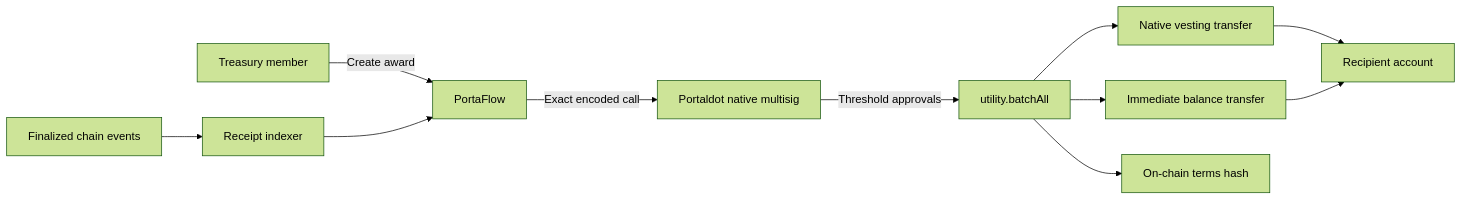
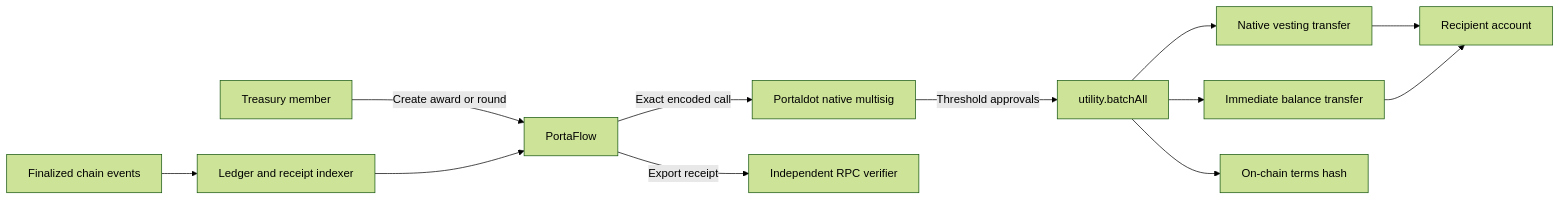
One commit to sneaxhuh/portaflow changed the diagram in README.md. Above: the diagram before and after it, drawn with Mermaid (forest theme). The commit also changed other lines of this file, not shown here.

Commit message:
docs: update README for payout rounds and treasury operations

````diff
--- a/README.md
+++ b/README.md
@@ -43,13 +45,14 @@
 ```mermaid
 flowchart LR
-    A[Treasury member] -->|Create award| P[PortaFlow]
+    A[Treasury member] -->|Create award or round| P[PortaFlow]
     P -->|Exact encoded call| S[Portaldot native multisig]
     S -->|Threshold approvals| B[utility.batchAll]
     B --> V[Native vesting transfer]
     B --> T[Immediate balance transfer]
     B --> R[On-chain terms hash]
     V --> C[Recipient account]
     T --> C
-    F[Finalized chain events] --> I[Receipt indexer]
+    F[Finalized chain events] --> I[Ledger and receipt indexer]
     I --> P
+    P -->|Export receipt| X[Independent RPC verifier]
 ```
````
